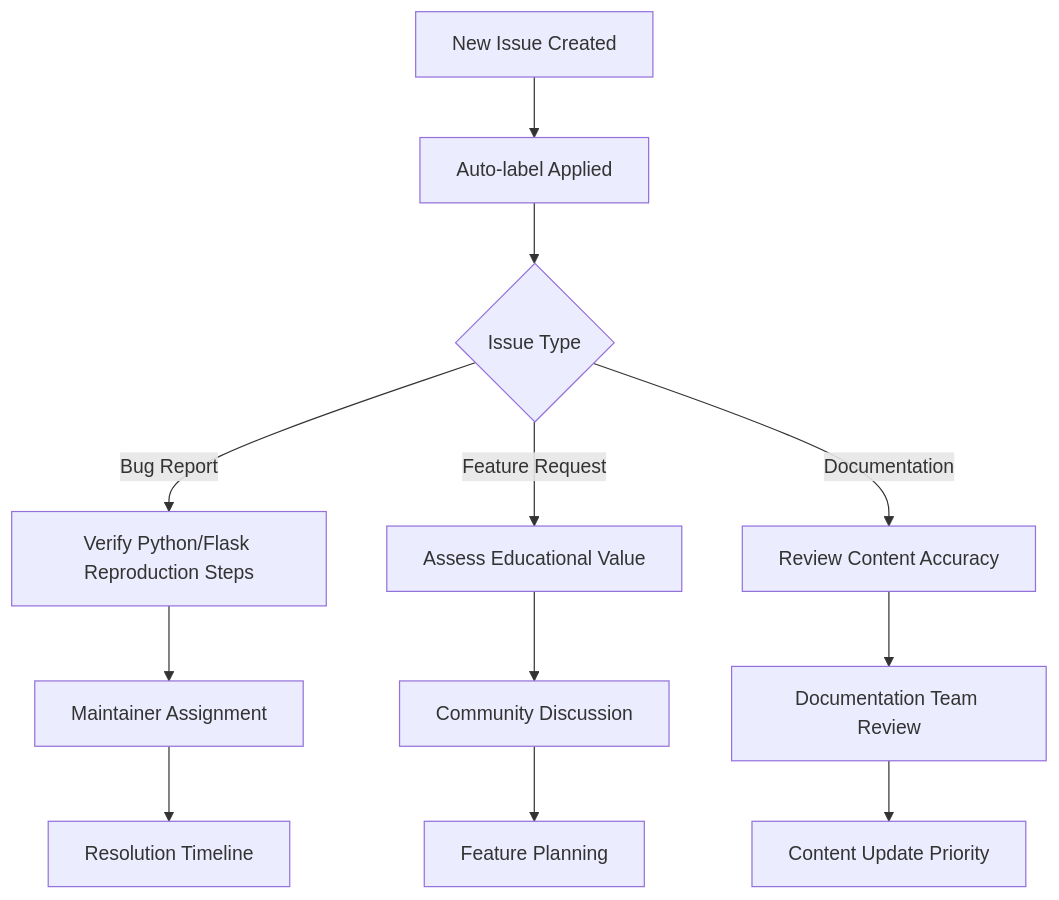
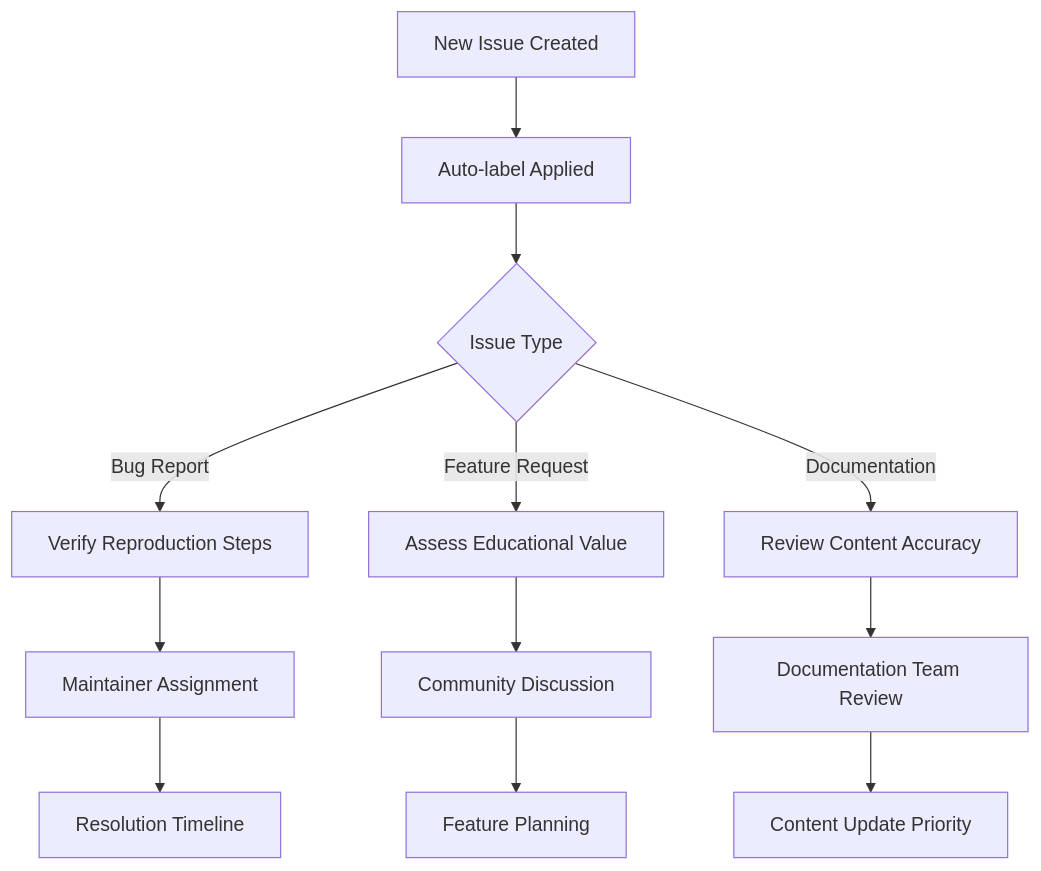
Before and after one commit to blitzytest02/blitzy-20250603112937552: the first of 2 diagrams in CONTRIBUTING.md, drawn with Mermaid. The commit also changed other lines of this file, not shown here.

````diff
--- a/CONTRIBUTING.md
+++ b/CONTRIBUTING.md
@@ -1599,14 +1450,14 @@
 ```mermaid
 flowchart TD
     A[New Issue Created] --> B[Auto-label Applied]
     B --> C{Issue Type}
-    C -->|Bug Report| D[Verify Python/Flask Reproduction Steps]
+    C -->|Bug Report| D[Verify Reproduction Steps]
     C -->|Feature Request| E[Assess Educational Value]  
     C -->|Documentation| F[Review Content Accuracy]
     D --> G[Maintainer Assignment]
     E --> H[Community Discussion]
     F --> I[Documentation Team Review]
     G --> J[Resolution Timeline]
     H --> K[Feature Planning]
     I --> L[Content Update Priority]
 ```
````
